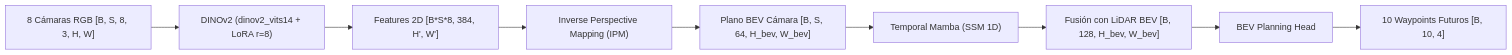
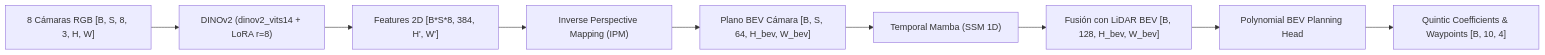
One commit to DiegoXAI-Shape/self-driving changed the diagram in README.md. Above: the diagram before and after it, drawn with Mermaid. The commit also changed other lines of this file, not shown here.

````diff
--- a/README.md
+++ b/README.md
@@ -24,11 +24,11 @@
 ```mermaid
 graph LR
     A["8 Cámaras RGB [B, S, 8, 3, H, W]"] --> B["DINOv2 (dinov2_vits14 + LoRA r=8)"]
     B --> C["Features 2D [B*S*8, 384, H', W']"]
     C --> D["Inverse Perspective Mapping (IPM)"]
     D --> E["Plano BEV Cámara [B, S, 64, H_bev, W_bev]"]
     E --> F["Temporal Mamba (SSM 1D)"]
     F --> G["Fusión con LiDAR BEV [B, 128, H_bev, W_bev]"]
-    G --> H["BEV Planning Head"]
-    H --> I["10 Waypoints Futuros [B, 10, 4]"]
+    G --> H["Polynomial BEV Planning Head"]
+    H --> I["Quintic Coefficients & Waypoints [B, 10, 4]"]
 ```
````
